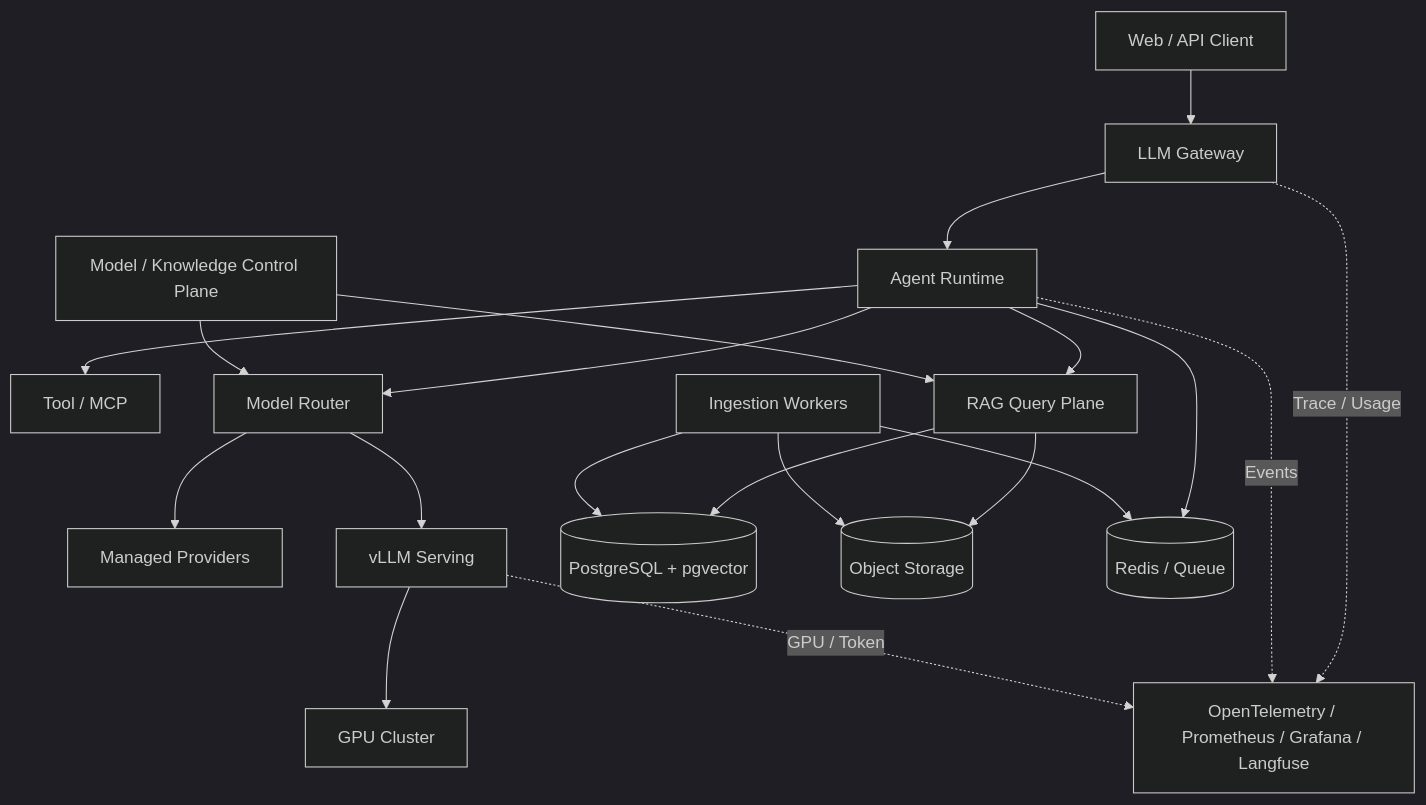
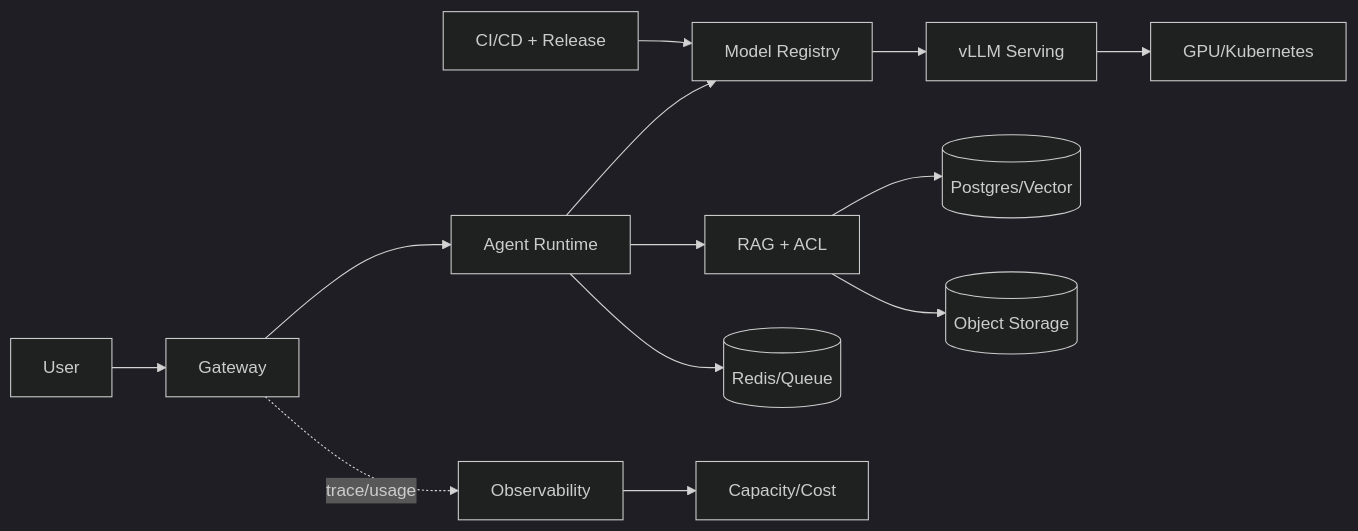
One commit to upJiang/jiang-blog-vitepress changed the diagram in docs/devops/enterprise-ai-platform-capstone.md. Above: the diagram before and after it, drawn with Mermaid (dark theme). The commit also changed other lines of this file and 190 other files, not shown here.

````diff
--- a/docs/devops/enterprise-ai-platform-capstone.md
+++ b/docs/devops/enterprise-ai-platform-capstone.md
@@ -33,22 +31,15 @@
 ```mermaid
-flowchart TB
-  U[Web / API Client] --> G[LLM Gateway]
+flowchart LR
+  U[User] --> G[Gateway]
   G --> A[Agent Runtime]
-  A --> T[Tool / MCP]
-  A --> R[RAG Query Plane]
-  A --> M[Model Router]
-  M --> P[Managed Providers]
+  A --> R[RAG + ACL]
+  A --> M[Model Registry]
   M --> V[vLLM Serving]
-  V --> C[GPU Cluster]
-  R --> PG[(PostgreSQL + pgvector)]
-  R --> OS[(Object Storage)]
-  A --> RD[(Redis / Queue)]
-  I[Ingestion Workers] --> OS
-  I --> PG
-  I --> RD
-  CP[Model / Knowledge Control Plane] --> M
-  CP --> R
-  G -.Trace / Usage.-> O[OpenTelemetry / Prometheus / Grafana / Langfuse]
-  A -.Events.-> O
-  V -.GPU / Token.-> O
+  V --> GPU[GPU/Kubernetes]
+  R --> DB[(Postgres/Vector)]
+  A --> REDIS[(Redis/Queue)]
+  R --> OBJ[(Object Storage)]
+  G -.trace/usage.-> O[Observability]
+  O --> C[Capacity/Cost]
+  P[CI/CD + Release] --> M
 ```
````
